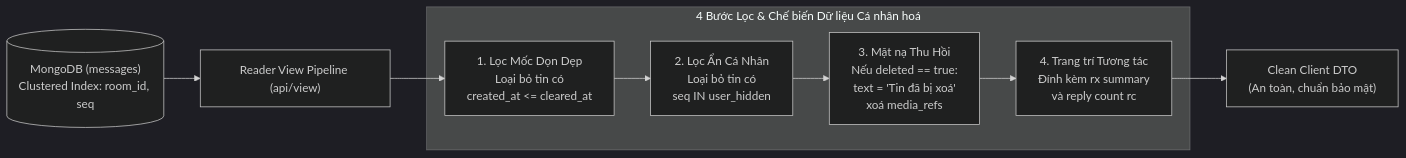
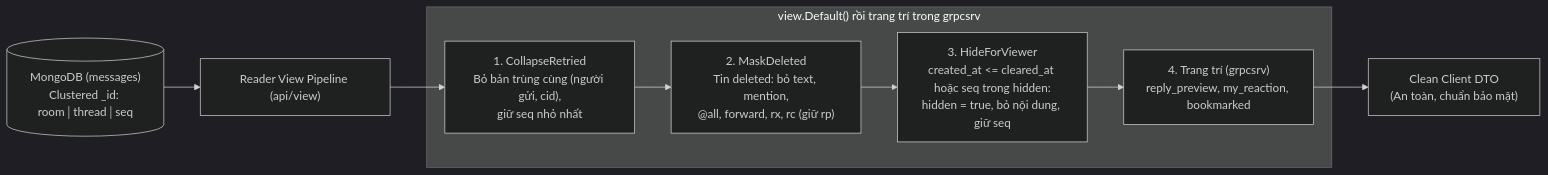
The first of 3 diagrams in docs/modules/08-feature-history-retrieval-and-sync.md (ivannguyendev/chatim), drawn with Mermaid (dark theme) before and after one commit. The commit also changed other lines of this file and 12 other files, not shown here.

````diff
--- a/docs/modules/08-feature-history-retrieval-and-sync.md
+++ b/docs/modules/08-feature-history-retrieval-and-sync.md
@@ -24,13 +24,13 @@
 ```mermaid
 flowchart LR
-    RawMongo[("MongoDB (messages)<br/>Clustered Index: room_id, seq")] --> View["Reader View Pipeline (api/view)"]
+    RawMongo[("MongoDB (messages)<br/>Clustered _id: room│thread│seq")] --> View["Reader View Pipeline (api/view)"]
 
-    subgraph PipelineSteps["4 Bước Lọc & Chế biến Dữ liệu Cá nhân hoá"]
-        F1["1. Lọc Mốc Dọn Dẹp<br/>Loại bỏ tin có<br/>created_at <= cleared_at"] --> F2["2. Lọc Ẩn Cá Nhân<br/>Loại bỏ tin có<br/>seq IN user_hidden"]
-        F2 --> F3["3. Mặt nạ Thu Hồi<br/>Nếu deleted == true:<br/>text = 'Tin đã bị xoá'<br/>xoá media_refs"]
-        F3 --> F4["4. Trang trí Tương tác<br/>Đính kèm rx summary<br/>và reply count rc"]
+    subgraph PipelineSteps["view.Default() rồi trang trí trong grpcsrv"]
+        F1["1. CollapseRetried<br/>Bỏ bản trùng cùng (người gửi, cid),<br/>giữ seq nhỏ nhất"] --> F2["2. MaskDeleted<br/>Tin deleted: bỏ text, mention,<br/>@all, forward, rx, rc (giữ rp)"]
+        F2 --> F3["3. HideForViewer<br/>created_at <= cleared_at hoặc seq trong hidden:<br/>hidden = true, bỏ nội dung, giữ seq"]
+        F3 --> F4["4. Trang trí (grpcsrv)<br/>reply_preview, my_reaction, bookmarked"]
     end
 
     View --> F1
     F4 --> CleanDTO["Clean Client DTO<br/>(An toàn, chuẩn bảo mật)"]
 ```
````
